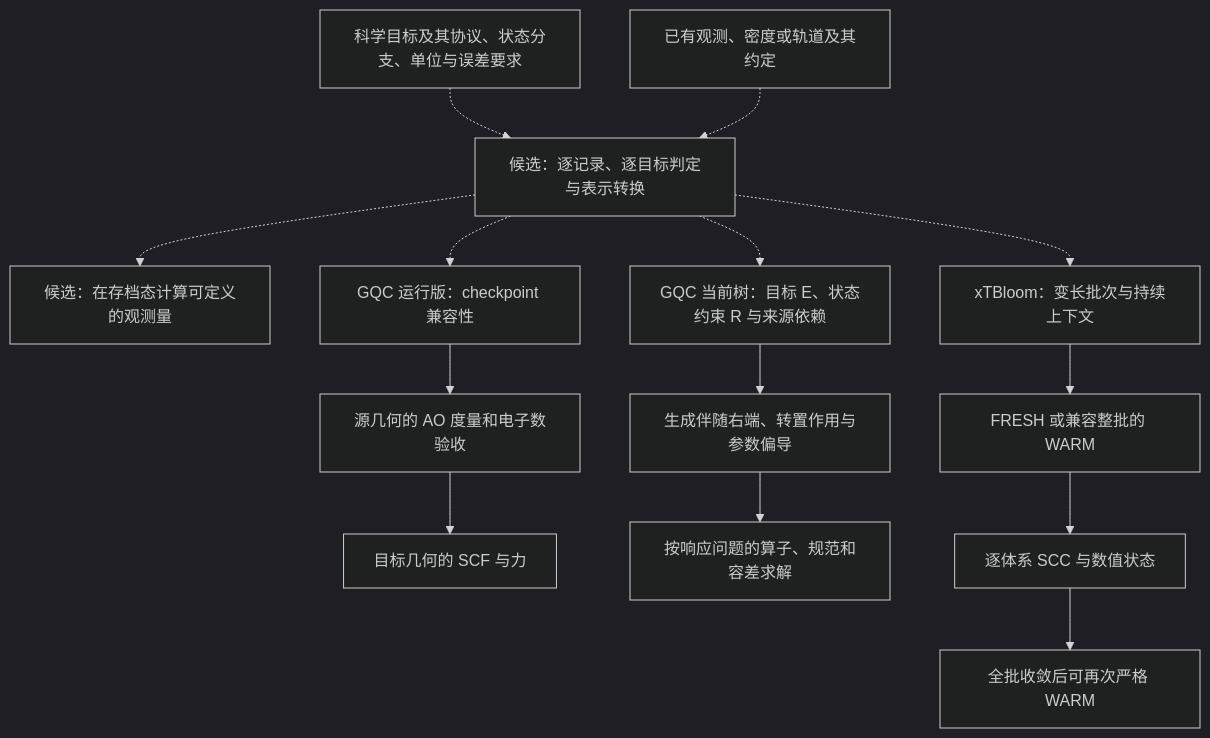
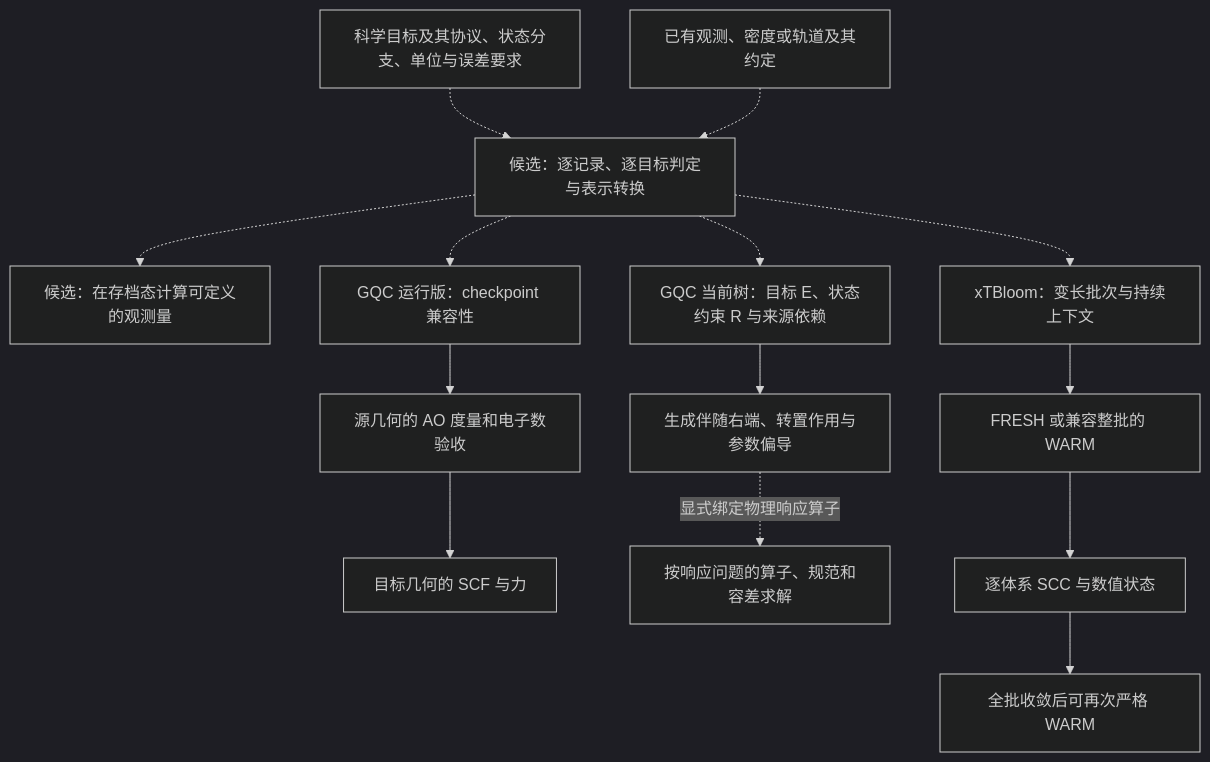
One commit to jinzhezenggroup/vibedataset changed the diagram in handoff/gqcdataset_codex_goal/research/FOUNDATION_CAPABILITIES.md. Above: the diagram before and after it, drawn with Mermaid (dark theme). The commit also changed other lines of this file and 9 other files, not shown here.

````diff
--- a/handoff/gqcdataset_codex_goal/research/FOUNDATION_CAPABILITIES.md
+++ b/handoff/gqcdataset_codex_goal/research/FOUNDATION_CAPABILITIES.md
@@ -5,19 +5,19 @@
 ```mermaid
 flowchart TD
     goal["科学目标及其协议、状态分支、单位与误差要求"]
     asset["已有观测、密度或轨道及其约定"]
     gate["候选：逐记录、逐目标判定与表示转换"]
     goal -.-> gate
     asset -.-> gate
     gate -.-> fixed["候选：在存档态计算可定义的观测量"]
     gate -.-> cp["GQC 运行版：checkpoint 兼容性"]
     cp --> metric["源几何的 AO 度量和电子数验收"]
     metric --> scf["目标几何的 SCF 与力"]
     gate -.-> eq["GQC 当前树：目标 E、状态约束 R 与来源依赖"]
     eq --> adj["生成伴随右端、转置作用与参数偏导"]
-    adj --> solve["按响应问题的算子、规范和容差求解"]
+    adj -. "显式绑定物理响应算子" .-> solve["按响应问题的算子、规范和容差求解"]
     gate -.-> batch["xTBloom：变长批次与持续上下文"]
     batch --> fresh["FRESH 或兼容整批的 WARM"]
     fresh --> scc["逐体系 SCC 与数值状态"]
     scc --> ready["全批收敛后可再次严格 WARM"]
 ```
````
